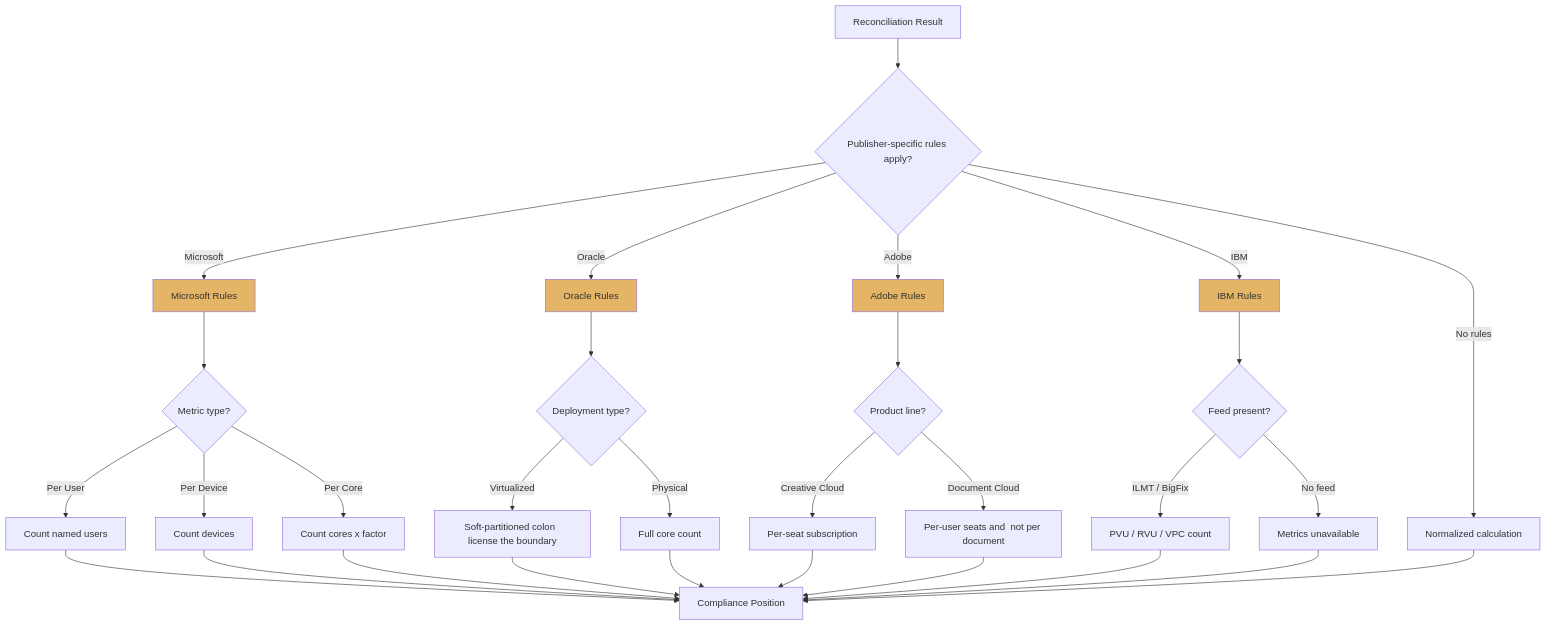
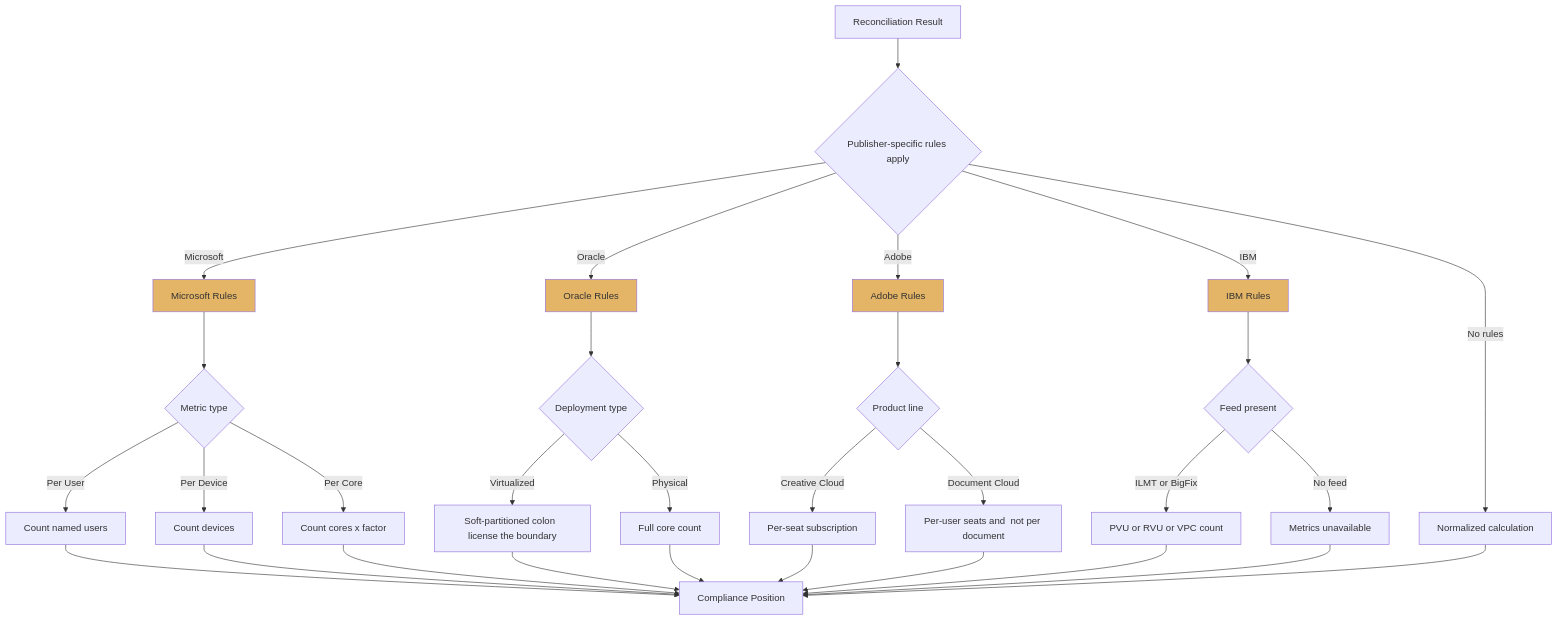
The seventh of 8 diagrams in docs/modules/sam/sam-guide.md (eltonaguiar/ServiceNow_Learning_TSOM-_CSM_FSM_SalesCRM_HAM_ITSM), drawn with Mermaid before and after one commit. The commit also changed other lines of this file and 19 other files, not shown here.

First line of the commit message:
Fix Mermaid diagram syntax errors - replace problematic chars in text content only

````diff
--- a/docs/modules/sam/sam-guide.md
+++ b/docs/modules/sam/sam-guide.md
@@ -1060,42 +1060,42 @@
 ```mermaid
 flowchart TD
-    START[Reconciliation Result] --> CHECK{Publisher-specific rules apply?}
+    START[Reconciliation Result] --> CHECK{Publisher-specific rules apply}
     
     CHECK -->|Microsoft| MS[Microsoft Rules]
     CHECK -->|Oracle| ORA[Oracle Rules]
     CHECK -->|Adobe| ADO[Adobe Rules]
     CHECK -->|IBM| IBM[IBM Rules]
-    IBM --> IBM_RULES{Feed present?}
-    IBM_RULES -->|ILMT / BigFix| IBM_OK[PVU / RVU / VPC count]
+    IBM --> IBM_RULES{Feed present}
+    IBM_RULES -->|ILMT  or  BigFix| IBM_OK[PVU  or  RVU  or  VPC count]
     IBM_RULES -->|No feed| IBM_NO[Metrics unavailable]
     CHECK -->|No rules| NORMAL[Normalized calculation]
     
-    MS --> MS_RULES{Metric type?}
+    MS --> MS_RULES{Metric type}
     MS_RULES -->|Per User| MS_USER[Count named users]
     MS_RULES -->|Per Device| MS_DEV[Count devices]
     MS_RULES -->|Per Core| MS_CORE[Count cores x factor]
     
-    ORA --> ORA_RULES{Deployment type?}
+    ORA --> ORA_RULES{Deployment type}
     ORA_RULES -->|Virtualized| ORA_VIRT[Soft-partitioned colon  license the boundary]
     ORA_RULES -->|Physical| ORA_PHYS[Full core count]
     
-    ADO --> ADO_RULES{Product line?}
+    ADO --> ADO_RULES{Product line}
     ADO_RULES -->|Creative Cloud| ADO_CC[Per-seat subscription]
     ADO_RULES -->|Document Cloud| ADO_DC[Per-user seats and  not per document]
     
     MS_USER --> FINAL[Compliance Position]
     MS_DEV --> FINAL
     MS_CORE --> FINAL
     ORA_VIRT --> FINAL
     ORA_PHYS --> FINAL
     ADO_CC --> FINAL
     ADO_DC --> FINAL
     IBM_OK --> FINAL
     IBM_NO --> FINAL
     NORMAL --> FINAL
     
     style MS fill:#e5b567
     style ORA fill:#e5b567
     style ADO fill:#e5b567
     style IBM fill:#e5b567
 ```
````
